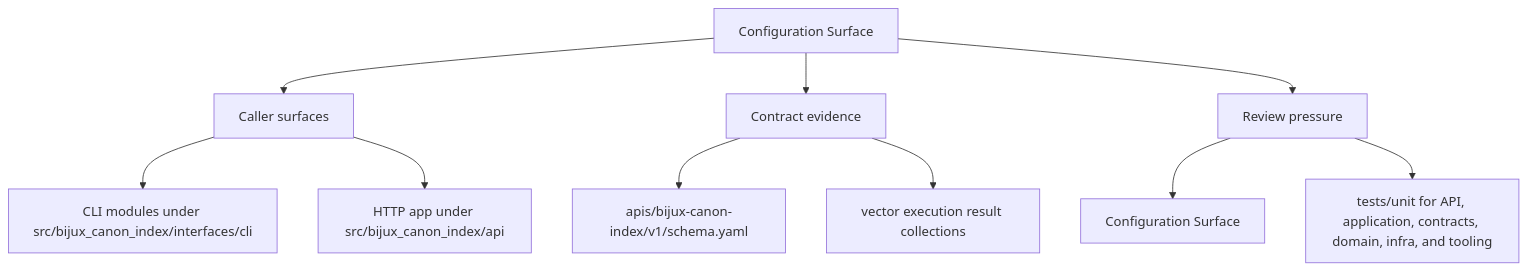
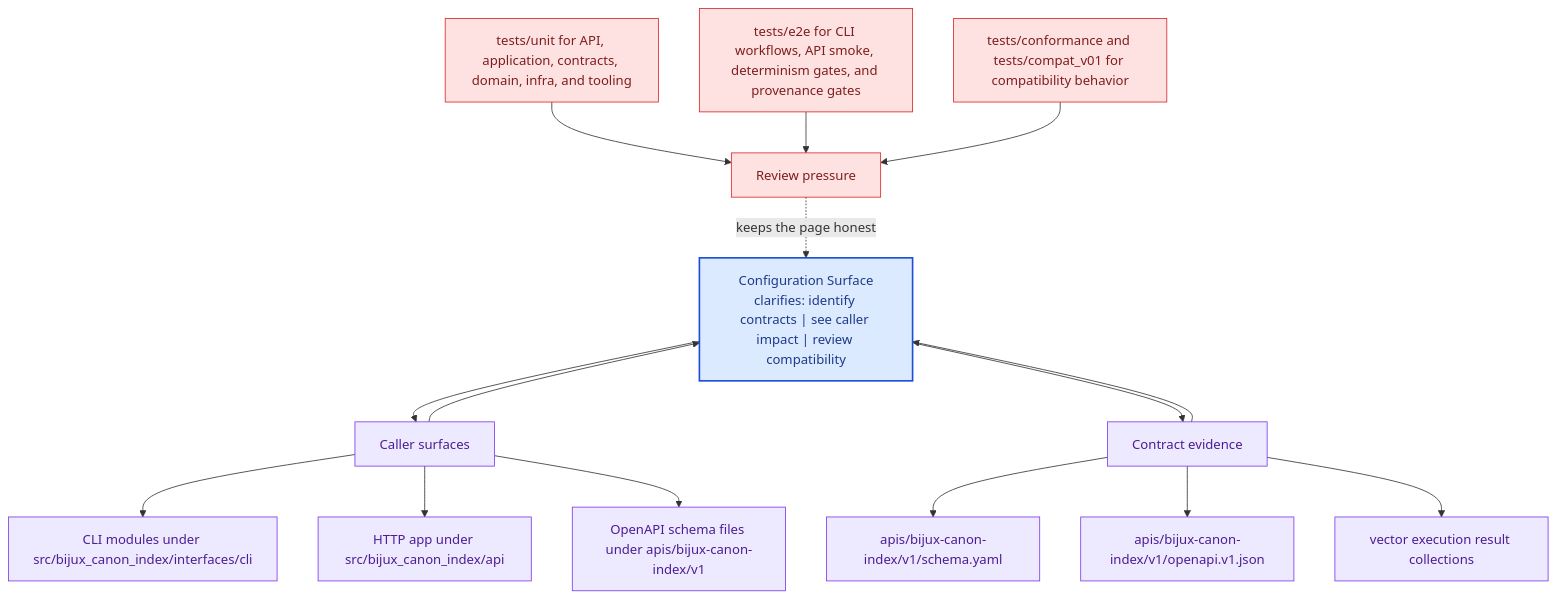
Before and after one commit to bijux/bijux-canon: the second of 2 diagrams in docs/bijux-canon-index/interfaces/configuration-surface.md, drawn with Mermaid. The commit also changed other lines of this file and 281 other files, not shown here.

Commit message:
docs(diagrams): deepen handbook mermaid maps across the catalog

````diff
--- a/docs/bijux-canon-index/interfaces/configuration-surface.md
+++ b/docs/bijux-canon-index/interfaces/configuration-surface.md
@@ -35,22 +68,41 @@
 ```mermaid
-flowchart TD
-    page["Configuration Surface"]
+flowchart TB
+    promise["Configuration Surface<br/>clarifies: identify contracts | see caller impact | review compatibility"]
+    classDef promise fill:#dbeafe,stroke:#1d4ed8,color:#1e3a8a,stroke-width:2px;
+    classDef driver fill:#dcfce7,stroke:#16a34a,color:#14532d;
+    classDef constraint fill:#fee2e2,stroke:#dc2626,color:#7f1d1d;
+    classDef ground fill:#ede9fe,stroke:#7c3aed,color:#4c1d95;
     focus1["Caller surfaces"]
-    page --> focus1
+    focus1 --> promise
+    promise --> focus1
     focus1_1["CLI modules under src/bijux_canon_index/interfaces/cli"]
     focus1 --> focus1_1
     focus1_2["HTTP app under src/bijux_canon_index/api"]
     focus1 --> focus1_2
+    focus1_3["OpenAPI schema files under apis/bijux-canon-index/v1"]
+    focus1 --> focus1_3
+    class focus1 ground;
+    class focus1_1,focus1_2,focus1_3 ground;
     focus2["Contract evidence"]
-    page --> focus2
+    focus2 --> promise
+    promise --> focus2
     focus2_1["apis/bijux-canon-index/v1/schema.yaml"]
     focus2 --> focus2_1
-    focus2_2["vector execution result collections"]
+    focus2_2["apis/bijux-canon-index/v1/openapi.v1.json"]
     focus2 --> focus2_2
+    focus2_3["vector execution result collections"]
+    focus2 --> focus2_3
+    class focus2 ground;
+    class focus2_1,focus2_2,focus2_3 ground;
     focus3["Review pressure"]
-    page --> focus3
-    focus3_1["Configuration Surface"]
-    focus3 --> focus3_1
-    focus3_2["tests/unit for API, application, contracts, domain, infra, and tooling"]
-    focus3 --> focus3_2
+    focus3 -.keeps the page honest.-> promise
+    focus3_1["tests/unit for API, application, contracts, domain, infra, and tooling"]
+    focus3_1 --> focus3
+    focus3_2["tests/e2e for CLI workflows, API smoke, determinism gates, and provenance gates"]
+    focus3_2 --> focus3
+    focus3_3["tests/conformance and tests/compat_v01 for compatibility behavior"]
+    focus3_3 --> focus3
+    class focus3 constraint;
+    class focus3_1,focus3_2,focus3_3 constraint;
+    class promise promise;
 ```
````
